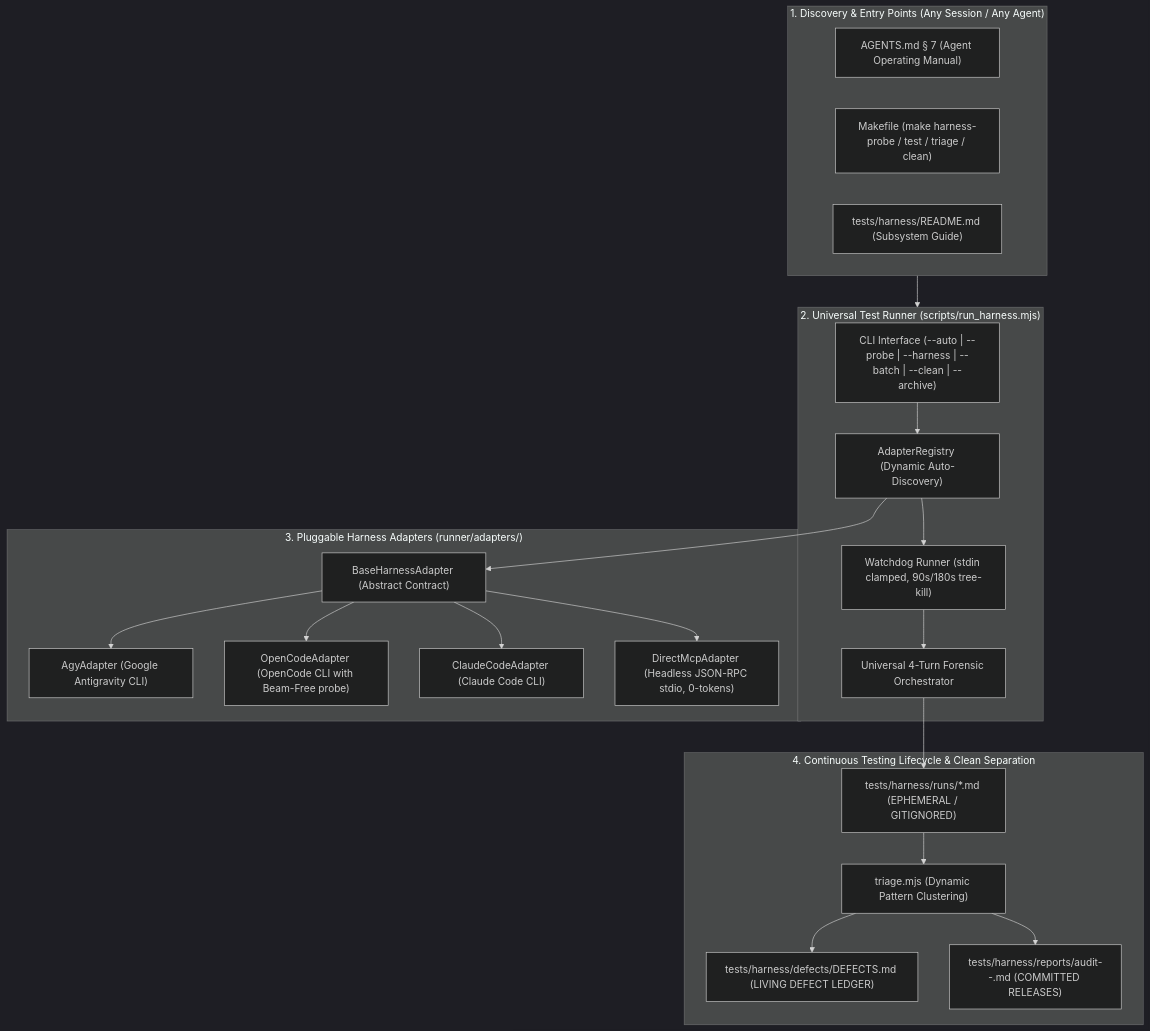
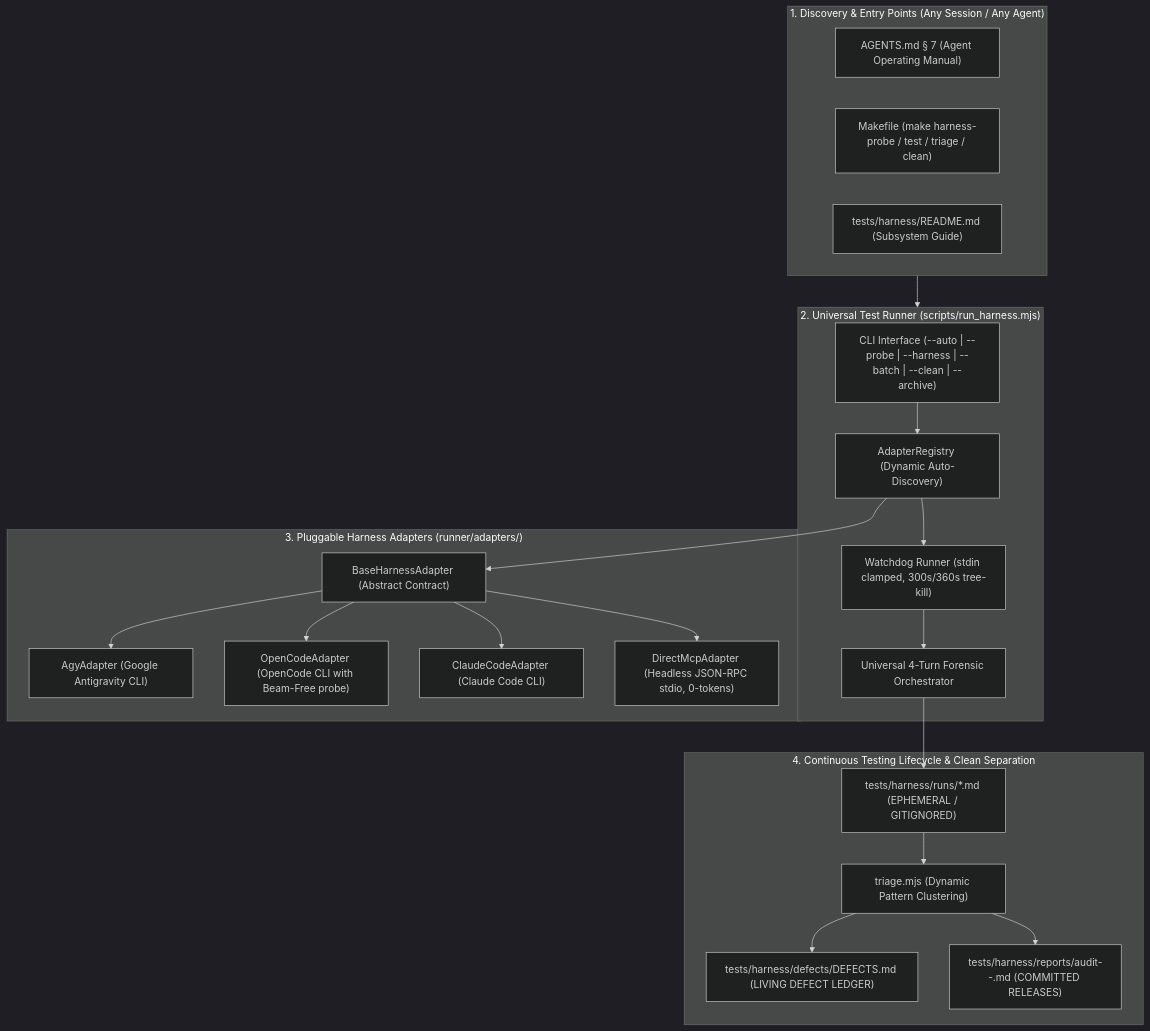
The diagram in tests/harness/README.md (bhaskarjha-dev/vivechak), drawn with Mermaid (dark theme) before and after one commit. The commit also changed 7 other files, not shown here.

````diff
--- a/tests/harness/README.md
+++ b/tests/harness/README.md
@@ -10,40 +10,40 @@
 ```mermaid
 graph TD
     subgraph Discovery["1. Discovery & Entry Points (Any Session / Any Agent)"]
         AGENTS["AGENTS.md § 7 (Agent Operating Manual)"]
         MAKE["Makefile (make harness-probe / test / triage / clean)"]
         README["tests/harness/README.md (Subsystem Guide)"]
     end
 
     subgraph CoreEngine["2. Universal Test Runner (scripts/run_harness.mjs)"]
         CLI["CLI Interface (--auto | --probe | --harness | --batch | --clean | --archive)"]
         Registry["AdapterRegistry (Dynamic Auto-Discovery)"]
-        Watchdog["Watchdog Runner (stdin clamped, 90s/180s tree-kill)"]
+        Watchdog["Watchdog Runner (stdin clamped, 300s/360s tree-kill)"]
         Protocol["Universal 4-Turn Forensic Orchestrator"]
         CLI --> Registry
         Registry --> Watchdog
         Watchdog --> Protocol
     end
 
     subgraph Adapters["3. Pluggable Harness Adapters (runner/adapters/)"]
         Base["BaseHarnessAdapter (Abstract Contract)"]
         Agy["AgyAdapter (Google Antigravity CLI)"]
         OpenCode["OpenCodeAdapter (OpenCode CLI with Beam-Free probe)"]
         ClaudeCode["ClaudeCodeAdapter (Claude Code CLI)"]
         DirectMCP["DirectMcpAdapter (Headless JSON-RPC stdio, 0-tokens)"]
         Base --> Agy
         Base --> OpenCode
         Base --> ClaudeCode
         Base --> DirectMCP
         Registry --> Base
     end
 
     subgraph Lifecycle["4. Continuous Testing Lifecycle & Clean Separation"]
         Protocol --> ScratchRuns["tests/harness/runs/*.md (EPHEMERAL / GITIGNORED)"]
         ScratchRuns --> Triage["triage.mjs (Dynamic Pattern Clustering)"]
         Triage --> LivingLedger["tests/harness/defects/DEFECTS.md (LIVING DEFECT LEDGER)"]
         Triage --> MilestoneReport["tests/harness/reports/audit-<version>-<date>.md (COMMITTED RELEASES)"]
     end
 
     Discovery --> CoreEngine
 ```
````
